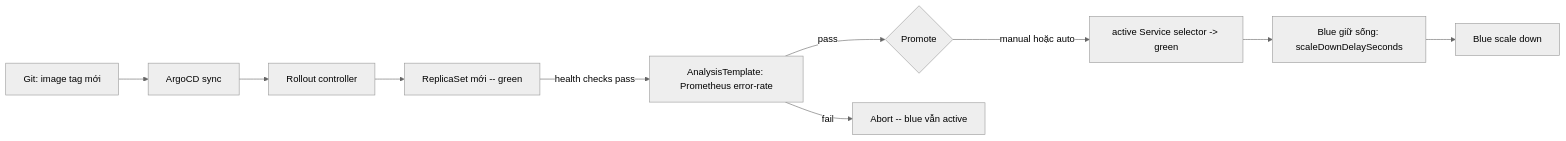
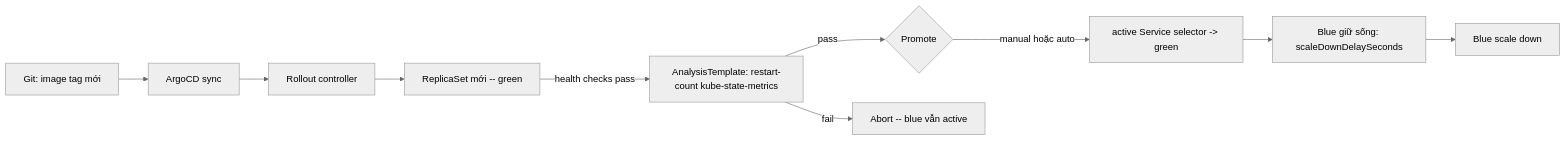
One commit to dinhtri6905/aws-eks-devsecops-platform changed the diagram in blue-green_deployment.md. Above: the diagram before and after it, drawn with Mermaid (neutral theme). The commit also changed other lines of this file and 2 other files, not shown here.

Commit message:
Disable argo-rollouts-config ConfigMap creation to avoid ArgoCD Missing health status

````diff
--- a/blue-green_deployment.md
+++ b/blue-green_deployment.md
@@ -147,12 +190,12 @@
 ```mermaid
 flowchart LR
     Git[Git: image tag mới] --> ArgoCD[ArgoCD sync]
     ArgoCD --> Rollout[Rollout controller]
     Rollout --> Green[ReplicaSet mới -- green]
-    Green -->|health checks pass| Analysis[AnalysisTemplate: Prometheus error-rate]
+    Green -->|health checks pass| Analysis[AnalysisTemplate: restart-count kube-state-metrics]
     Analysis -->|pass| Promote{Promote}
     Analysis -->|fail| Abort[Abort -- blue vẫn active]
     Promote -->|manual hoặc auto| Switch[active Service selector -> green]
     Switch --> DelayWindow[Blue giữ sống: scaleDownDelaySeconds]
     DelayWindow --> ScaleDown[Blue scale down]
 ```
````
